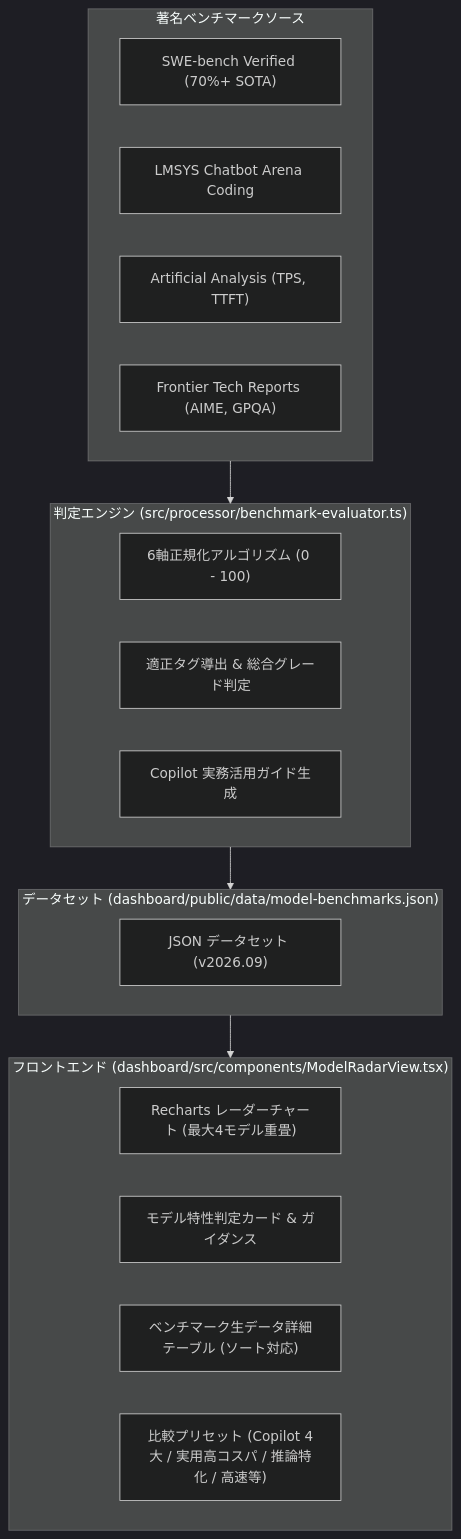
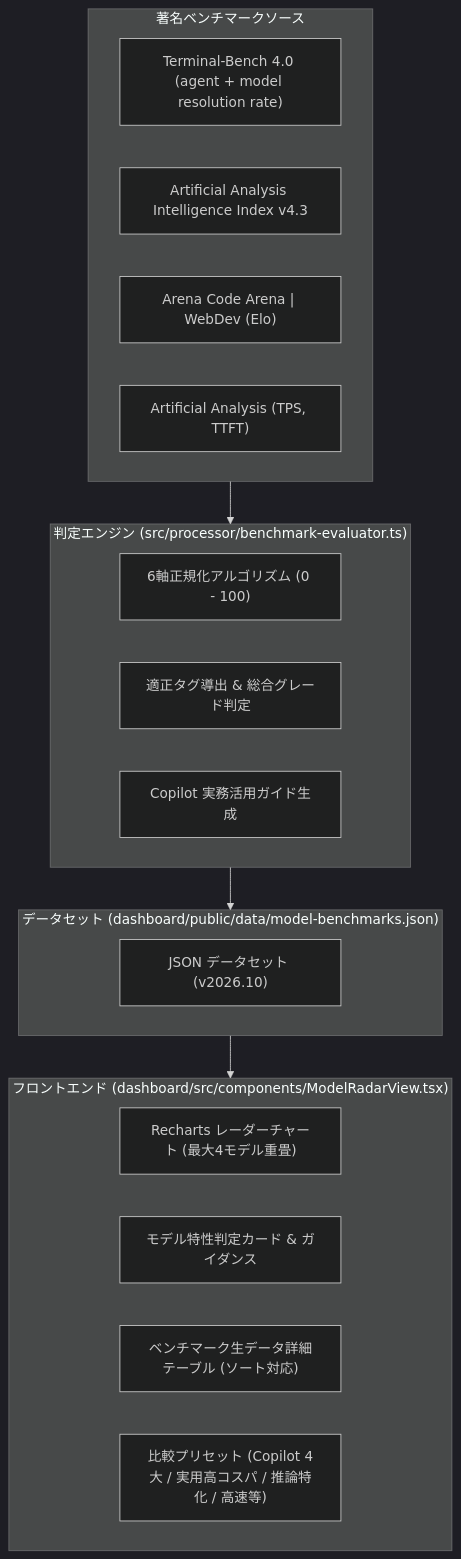
Before and after one commit to sun-flat-yamada/github-copilot-dashboard: the first of 2 diagrams in docs/specifications/10_ai_model_benchmark_radar_spec.ja.md, drawn with Mermaid (dark theme). The commit also changed other lines of this file and 7 other files, not shown here.

````diff
--- a/docs/specifications/10_ai_model_benchmark_radar_spec.ja.md
+++ b/docs/specifications/10_ai_model_benchmark_radar_spec.ja.md
@@ -34,30 +35,30 @@
 ```mermaid
 flowchart TD
     subgraph Sources["著名ベンチマークソース"]
-        SWE["SWE-bench Verified (70%+ SOTA)"]
-        Arena["LMSYS Chatbot Arena Coding"]
+        TB["Terminal-Bench 4.0 (agent + model resolution rate)"]
+        AAI["Artificial Analysis Intelligence Index v4.3"]
+        Arena["Arena Code Arena | WebDev (Elo)"]
         AA["Artificial Analysis (TPS, TTFT)"]
-        Paper["Frontier Tech Reports (AIME, GPQA)"]
     end
 
     subgraph Evaluator["判定エンジン (src/processor/benchmark-evaluator.ts)"]
         Norm["6軸正規化アルゴリズム (0 - 100)"]
         Tag["適正タグ導出 & 総合グレード判定"]
         Guide["Copilot 実務活用ガイド生成"]
     end
 
     subgraph Storage["データセット (dashboard/public/data/model-benchmarks.json)"]
-        JSON["JSON データセット (v2026.09)"]
+        JSON["JSON データセット (v2026.10)"]
     end
 
     subgraph UI["フロントエンド (dashboard/src/components/ModelRadarView.tsx)"]
         Chart["Recharts レーダーチャート (最大4モデル重畳)"]
         Cards["モデル特性判定カード & ガイダンス"]
         Table["ベンチマーク生データ詳細テーブル (ソート対応)"]
         Preset["比較プリセット (Copilot 4大 / 実用高コスパ / 推論特化 / 高速等)"]
     end
 
     Sources --> Evaluator
     Evaluator --> Storage
     Storage --> UI
 ```
````
